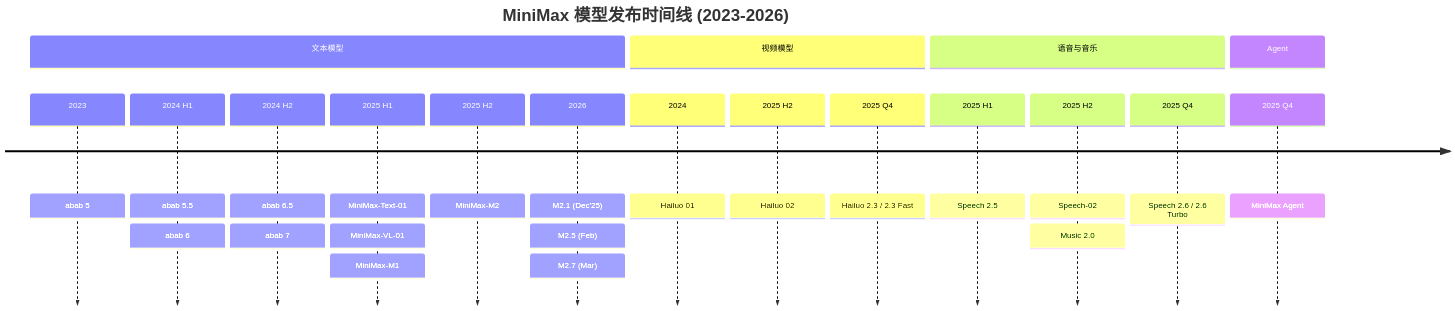
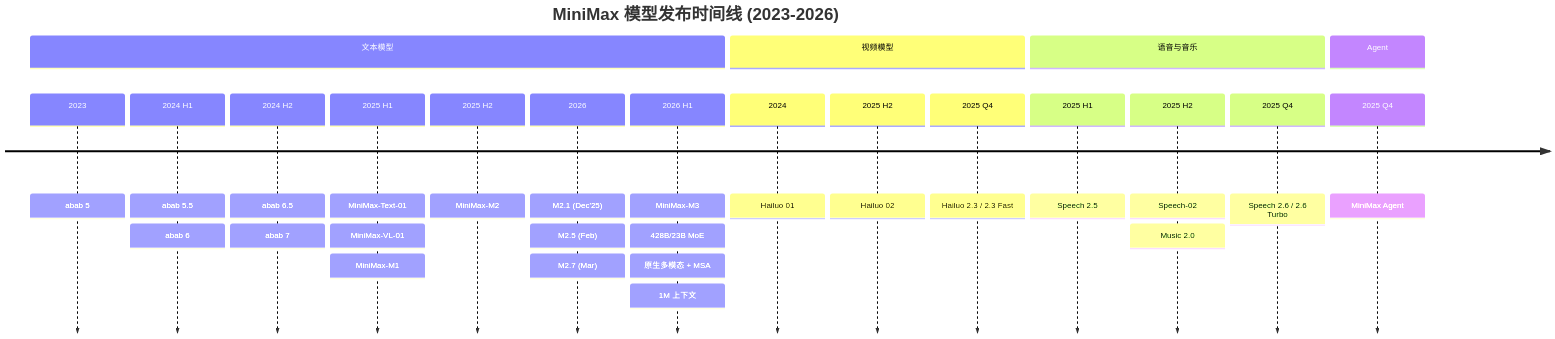
The first of 7 diagrams in 04_NLP_LLMs/Chinese_LLM_Ecosystem/MiniMax_Deep_Dive.md (CloudManHQ/CloudMaster), drawn with Mermaid before and after one commit. The commit also changed other lines of this file and 30 other files, not shown here.

````diff
--- a/04_NLP_LLMs/Chinese_LLM_Ecosystem/MiniMax_Deep_Dive.md
+++ b/04_NLP_LLMs/Chinese_LLM_Ecosystem/MiniMax_Deep_Dive.md
@@ -123,21 +125,22 @@
 ```mermaid
 timeline
     title MiniMax 模型发布时间线 (2023-2026)
     section 文本模型
         2023 : abab 5
         2024 H1 : abab 5.5 : abab 6
         2024 H2 : abab 6.5 : abab 7
         2025 H1 : MiniMax-Text-01 : MiniMax-VL-01 : MiniMax-M1
         2025 H2 : MiniMax-M2
         2026 : M2.1 (Dec'25) : M2.5 (Feb) : M2.7 (Mar)
+        2026 H1 : MiniMax-M3 : 428B/23B MoE : 原生多模态 + MSA : 1M 上下文
     section 视频模型
         2024 : Hailuo 01
         2025 H2 : Hailuo 02
         2025 Q4 : Hailuo 2.3 / 2.3 Fast
     section 语音与音乐
         2025 H1 : Speech 2.5
         2025 H2 : Speech-02 : Music 2.0
         2025 Q4 : Speech 2.6 / 2.6 Turbo
     section Agent
         2025 Q4 : MiniMax Agent
 ```
````
